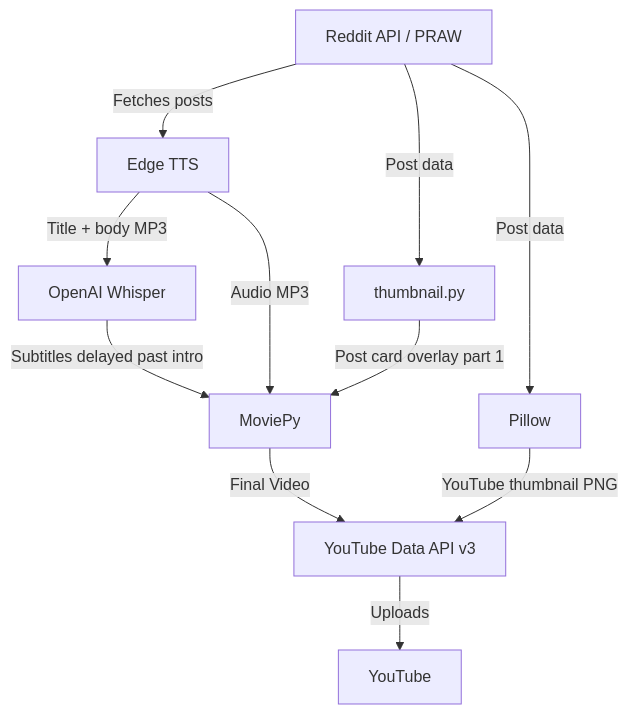
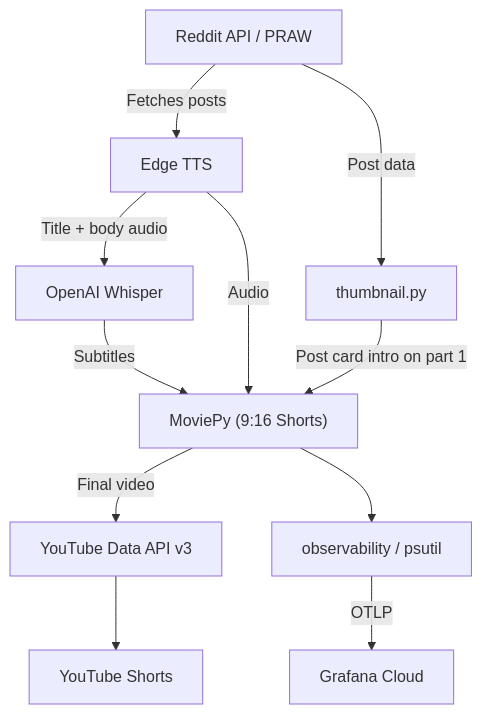
Before and after one commit to DeveshKrishan/reddit-tts-video: the diagram in README.md, drawn with Mermaid. The commit also changed other lines of this file, not shown here.

First line of the commit message:
docs: update README for Shorts pipeline and Grafana OTEL

````diff
--- a/README.md
+++ b/README.md
@@ -16,13 +28,13 @@
 ```mermaid
 flowchart TD
-    RedditAPI[Reddit API / PRAW] -->|Fetches posts| TTS[Edge TTS]
-    RedditAPI -->|Post data| ThumbnailCard[thumbnail.py]
-    RedditAPI -->|Post data| Pillow[Pillow]
-    TTS -->|Title + body MP3| Whisper[OpenAI Whisper]
-    TTS -->|Audio MP3| MoviePy[MoviePy]
-    ThumbnailCard -->|Post card overlay part 1| MoviePy
-    Whisper -->|Subtitles delayed past intro| MoviePy
-    MoviePy -->|Final Video| YouTubeAPI[YouTube Data API v3]
-    Pillow -->|YouTube thumbnail PNG| YouTubeAPI
-    YouTubeAPI -->|Uploads| YouTube[YouTube]
+    RedditAPI["Reddit API / PRAW"] -->|Fetches posts| TTS["Edge TTS"]
+    RedditAPI -->|Post data| ThumbnailCard["thumbnail.py"]
+    TTS -->|Title + body audio| Whisper["OpenAI Whisper"]
+    TTS -->|Audio| MoviePy["MoviePy (9:16 Shorts)"]
+    ThumbnailCard -->|Post card intro on part 1| MoviePy
+    Whisper -->|Subtitles| MoviePy
+    MoviePy -->|Final video| YouTubeAPI["YouTube Data API v3"]
+    MoviePy --> Metrics["observability / psutil"]
+    Metrics -->|OTLP| Grafana["Grafana Cloud"]
+    YouTubeAPI --> Shorts["YouTube Shorts"]
 ```
````
